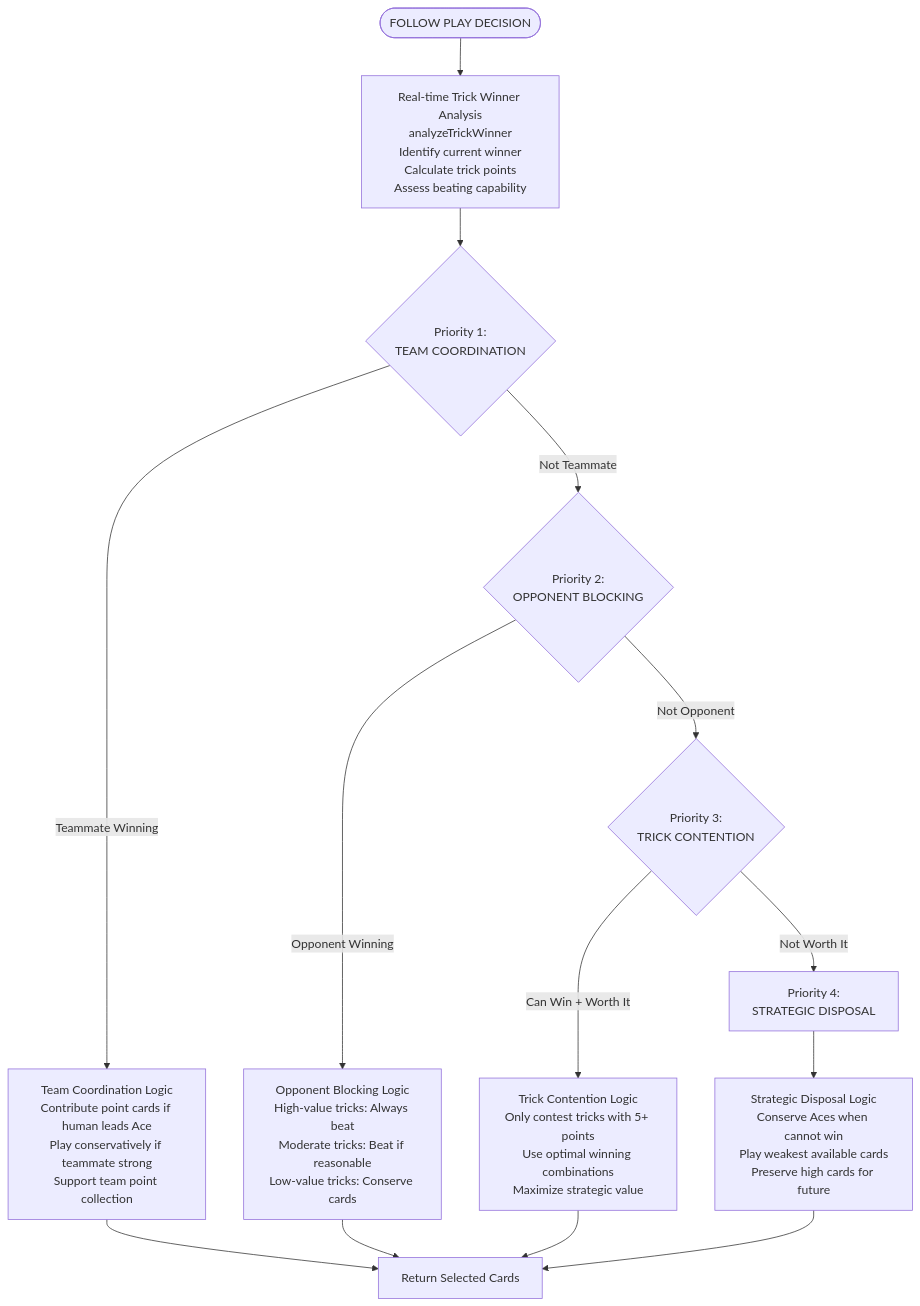
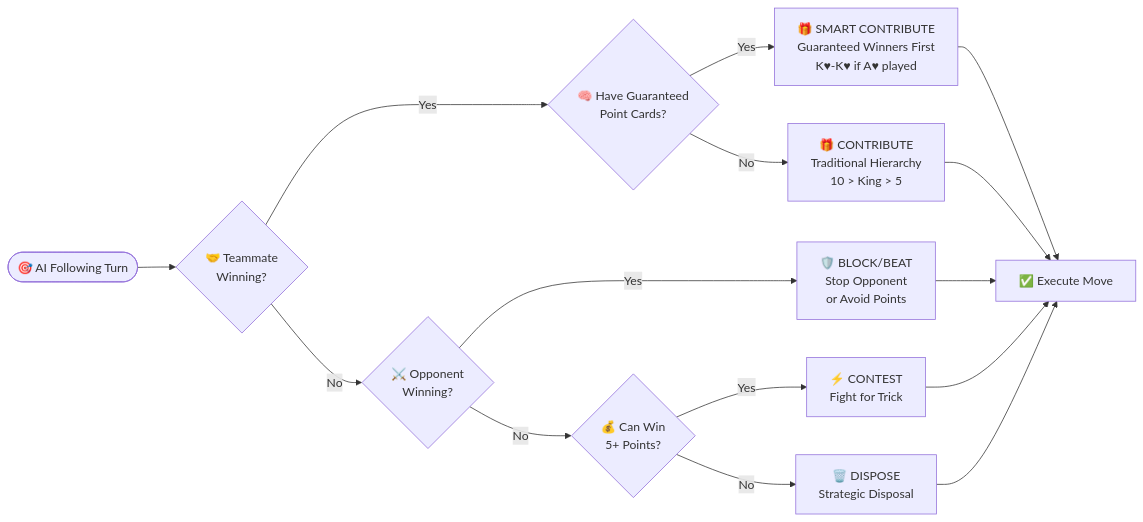
Before and after one commit to ejfn/Tractor: the fifth of 8 diagrams in docs/AI_SYSTEM.md, drawn with Mermaid. The commit also changed other lines of this file and 62 other files, not shown here.

````diff
--- a/docs/AI_SYSTEM.md
+++ b/docs/AI_SYSTEM.md
@@ -165,21 +102,18 @@
 ```mermaid
-flowchart TD
-    Start([FOLLOW PLAY DECISION]) --> TrickWinner[Real-time Trick Winner Analysis<br/>analyzeTrickWinner<br/>Identify current winner<br/>Calculate trick points<br/>Assess beating capability]
+flowchart LR
+    Start([🎯 AI Following Turn]) --> P1{🤝 Teammate<br/>Winning?}
+    P1 -->|Yes| Memory{🧠 Have Guaranteed<br/>Point Cards?}
+    Memory -->|Yes| SmartContribute[🎁 SMART CONTRIBUTE<br/>Guaranteed Winners First<br/>K♥-K♥ if A♥ played]
+    Memory -->|No| Contribute[🎁 CONTRIBUTE<br/>Traditional Hierarchy<br/>10 > King > 5]
+    P1 -->|No| P2{⚔️ Opponent<br/>Winning?}
+    P2 -->|Yes| Block[🛡️ BLOCK/BEAT<br/>Stop Opponent<br/>or Avoid Points]
+    P2 -->|No| P3{💰 Can Win<br/>5+ Points?}
+    P3 -->|Yes| Contest[⚡ CONTEST<br/>Fight for Trick]
+    P3 -->|No| Dispose[🗑️ DISPOSE<br/>Strategic Disposal]
     
-    TrickWinner --> P1{Priority 1:<br/>TEAM COORDINATION}
-    P1 -->|Teammate Winning| TeamCoord[Team Coordination Logic<br/>Contribute point cards if human leads Ace<br/>Play conservatively if teammate strong<br/>Support team point collection]
-    
-    P1 -->|Not Teammate| P2{Priority 2:<br/>OPPONENT BLOCKING}
-    P2 -->|Opponent Winning| OpponentBlock[Opponent Blocking Logic<br/>High-value tricks: Always beat<br/>Moderate tricks: Beat if reasonable<br/>Low-value tricks: Conserve cards]
-    
-    P2 -->|Not Opponent| P3{Priority 3:<br/>TRICK CONTENTION}
-    P3 -->|Can Win + Worth It| TrickContest[Trick Contention Logic<br/>Only contest tricks with 5+ points<br/>Use optimal winning combinations<br/>Maximize strategic value]
-    
-    P3 -->|Not Worth It| P4[Priority 4:<br/>STRATEGIC DISPOSAL]
-    P4 --> Disposal[Strategic Disposal Logic<br/>Conserve Aces when cannot win<br/>Play weakest available cards<br/>Preserve high cards for future]
-    
-    TeamCoord --> Return[Return Selected Cards]
-    OpponentBlock --> Return
-    TrickContest --> Return
-    Disposal --> Return
+    SmartContribute --> Return[✅ Execute Move]
+    Contribute --> Return
+    Block --> Return
+    Contest --> Return
+    Dispose --> Return
 ```
````
